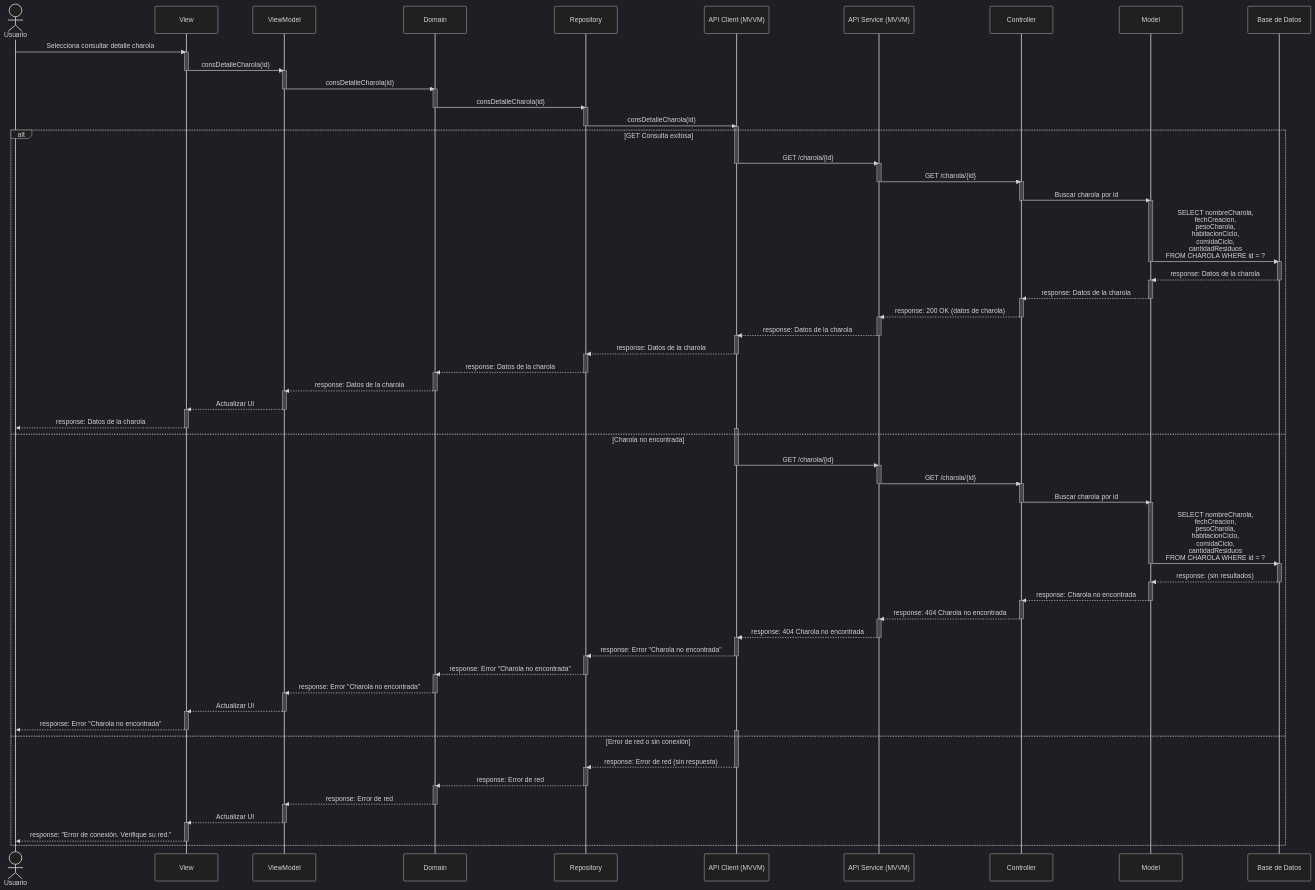
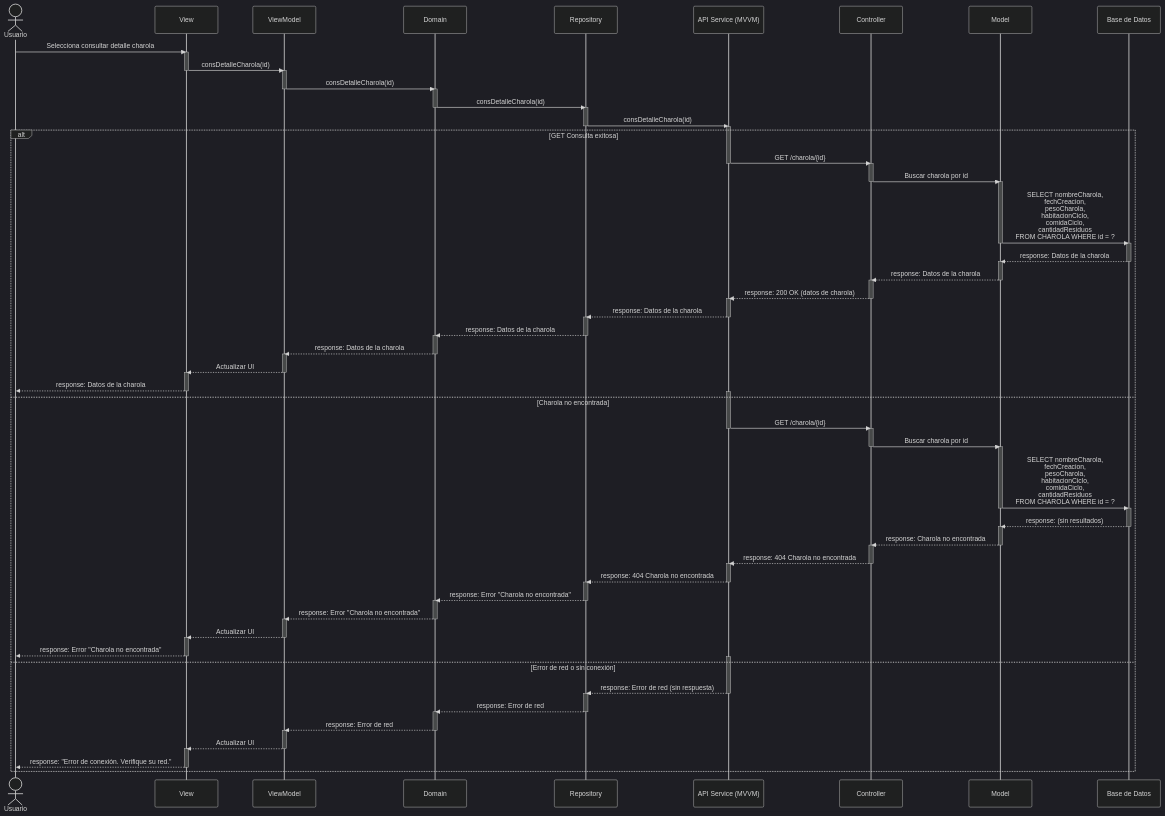
The diagram in documentation/docs/proyectos/larvas/documentacion/requisitos/RF10.md (CodeAnd-Co/Documentacion), drawn with Mermaid (dark theme) before and after one commit. The commit also changed other lines of this file, not shown here.

Commit message:
Modifcar diagrama de secuecnia

````diff
--- a/documentation/docs/proyectos/larvas/documentacion/requisitos/RF10.md
+++ b/documentation/docs/proyectos/larvas/documentacion/requisitos/RF10.md
@@ -28,7 +28,6 @@
     participant ViewModel as ViewModel
     participant Domain as Domain
     participant Repository as Repository
-    participant APIClient as API Client (MVVM)
     participant APIService as API Service (MVVM)
     participant Controller as Controller
     participant Model as Model
@@ -49,15 +48,11 @@
     deactivate Domain
 
     activate Repository
-    Repository->>APIClient: consDetalleCharola(id)
+    Repository->>APIService: consDetalleCharola(id)
     deactivate Repository
-    activate APIClient
+    activate APIService
 
     alt GET Consulta exitosa
-        APIClient->>APIService: GET /charola/{id}
-        deactivate APIClient
-
-        activate APIService
         APIService->>Controller: GET /charola/{id}
         deactivate APIService
 
@@ -82,12 +77,8 @@
         deactivate Controller
 
         activate APIService
-        APIService-->>APIClient: response: Datos de la charola
+        APIService-->>Repository: response: Datos de la charola
         deactivate APIService
-
-        activate APIClient
-        APIClient-->>Repository: response: Datos de la charola
-        deactivate APIClient
 
         activate Repository
         Repository-->>Domain: response: Datos de la charola
@@ -104,13 +95,9 @@
         activate View
         View-->>Usuario: response: Datos de la charola
         deactivate View
-        activate APIClient
+        activate APIService
 
     else Charola no encontrada
-        APIClient->>APIService: GET /charola/{id}
-        deactivate APIClient
-
-        activate APIService
         APIService->>Controller: GET /charola/{id}
         deactivate APIService
 
@@ -135,12 +122,8 @@
         deactivate Controller
 
         activate APIService
-        APIService-->>APIClient: response: 404 Charola no encontrada
+        APIService-->>Repository: response: 404 Charola no encontrada
         deactivate APIService
-        
-        activate APIClient
-        APIClient-->>Repository: response: Error "Charola no encontrada"
-        deactivate APIClient
 
         activate Repository
         Repository-->>Domain: response: Error "Charola no encontrada"
@@ -157,11 +140,11 @@
         activate View
         View-->>Usuario: response: Error "Charola no encontrada"
         deactivate View
-        activate APIClient
+        activate APIService
 
     else Error de red o sin conexión
-        APIClient-->>Repository: response: Error de red (sin respuesta)
-        deactivate APIClient
+        APIService-->>Repository: response: Error de red (sin respuesta)
+        deactivate APIService
 
         activate Repository
         Repository-->>Domain: response: Error de red
@@ -179,7 +162,4 @@
         View-->>Usuario: response: "Error de conexión. Verifique su red."
         deactivate View
     end
-
-
-
 ```
````
